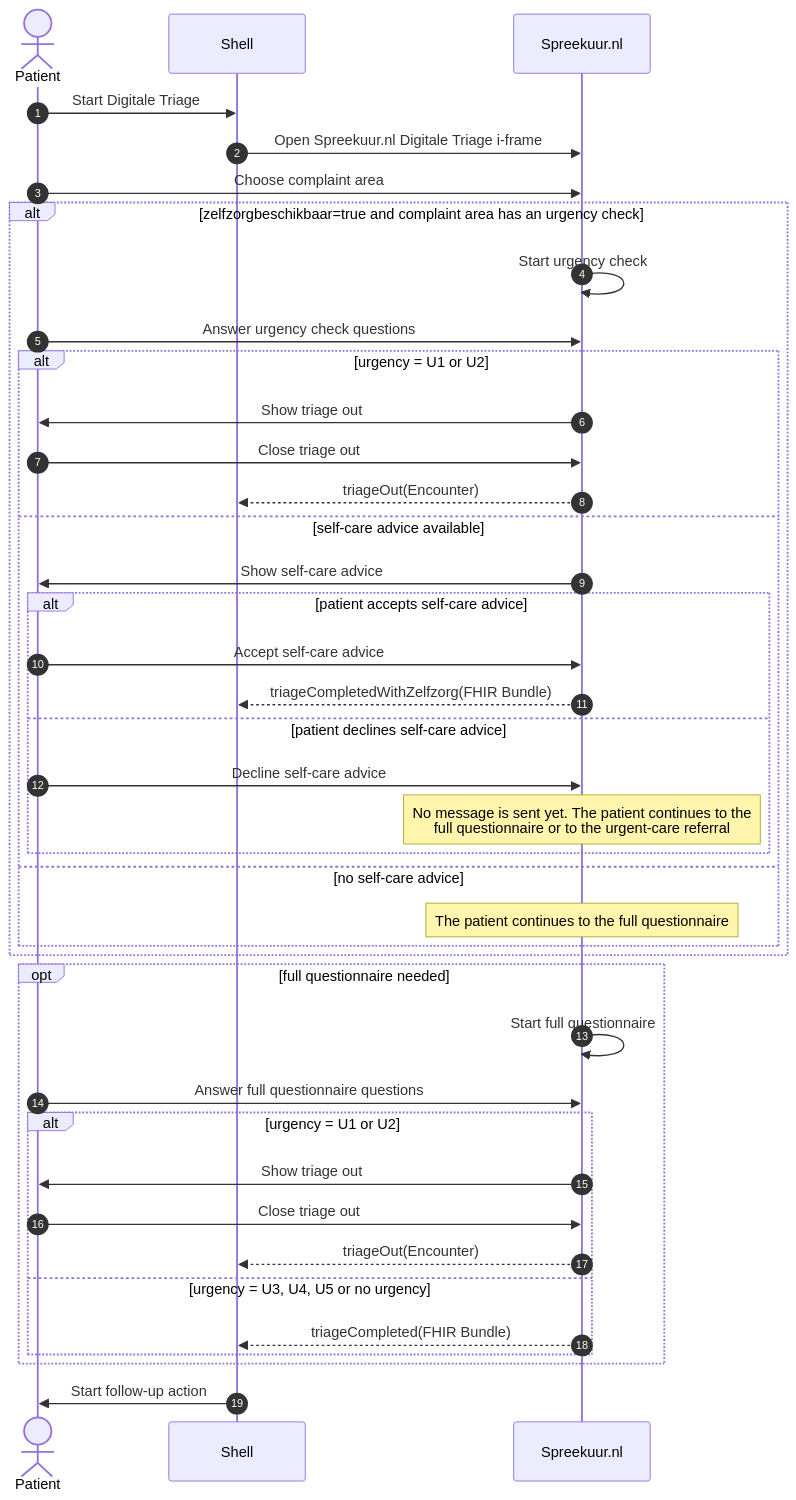
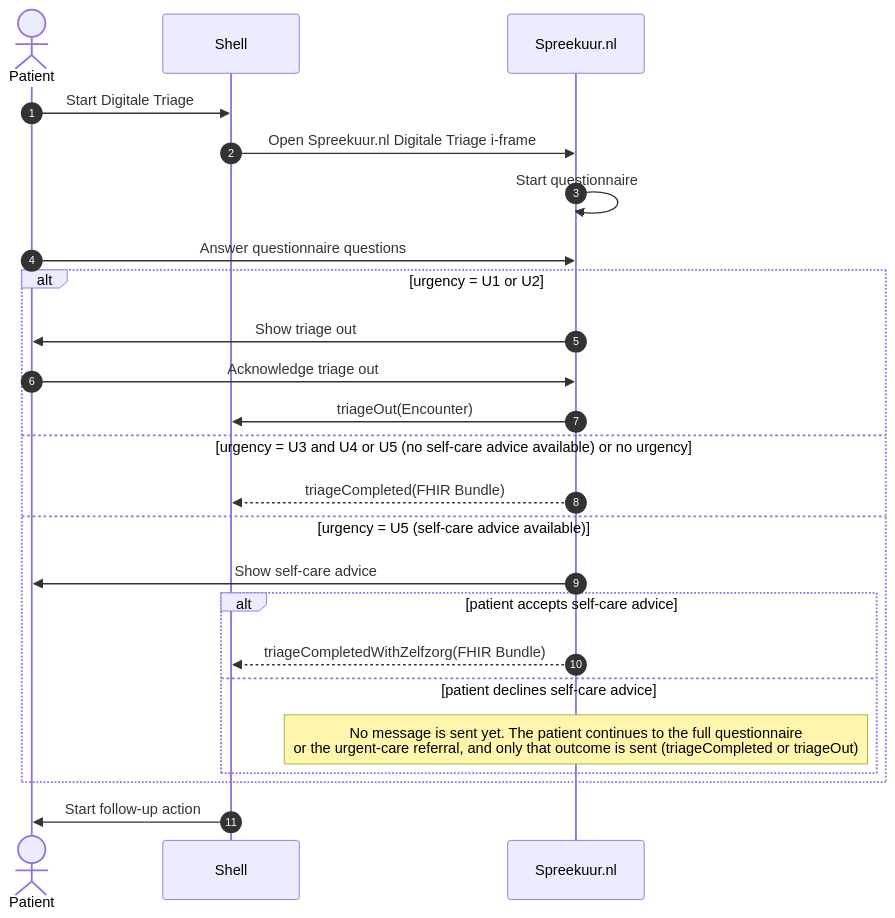
Before and after one commit to topicushealthcare/spreekuur-docs: the diagram in docs/features/digitale-triage/digitale-triage.md, drawn with Mermaid. The commit also changed other lines of this file, not shown here.

Commit message:
SCON-10314 Scope beperken tot afgewezen zelfzorgadvies en listener-voorbeeld

````diff
--- a/docs/features/digitale-triage/digitale-triage.md
+++ b/docs/features/digitale-triage/digitale-triage.md
@@ -16,43 +16,27 @@
 ```mermaid
 sequenceDiagram
     autonumber
     actor P as Patient
     participant shell as Shell
     participant SU as Spreekuur.nl
 
     P->>shell: Start Digitale Triage
     shell->>SU: Open Spreekuur.nl Digitale Triage i-frame
-    P->>SU: Choose complaint area
-    alt zelfzorgbeschikbaar=true and complaint area has an urgency check
-        SU->>SU: Start urgency check
-        P->>SU: Answer urgency check questions
-        alt urgency = U1 or U2
-            SU->>P: Show triage out
-            P->>SU: Close triage out
-            SU-->>shell: triageOut(Encounter)
-        else self-care advice available
-            SU->>P: Show self-care advice
-            alt patient accepts self-care advice
-                P->>SU: Accept self-care advice
-                SU-->>shell: triageCompletedWithZelfzorg(FHIR Bundle)
-            else patient declines self-care advice
-                P->>SU: Decline self-care advice
-                Note over SU: No message is sent yet. The patient continues to the<br/>full questionnaire or to the urgent-care referral
-            end
-        else no self-care advice
-            Note over SU: The patient continues to the full questionnaire
-        end
-    end
-    opt full questionnaire needed
-        SU->>SU: Start full questionnaire
-        P->>SU: Answer full questionnaire questions
-        alt urgency = U1 or U2
-            SU->>P: Show triage out
-            P->>SU: Close triage out
-            SU-->>shell: triageOut(Encounter)
-        else urgency = U3, U4, U5 or no urgency
-            SU-->>shell: triageCompleted(FHIR Bundle)
+    SU->>SU: Start questionnaire
+    P->>SU: Answer questionnaire questions
+    alt urgency = U1 or U2
+        SU->>P: Show triage out
+        P->>SU: Acknowledge triage out
+        SU->>shell: triageOut(Encounter)
+    else urgency = U3 and U4 or U5 (no self-care advice available) or no urgency
+        SU-->>shell: triageCompleted(FHIR Bundle)
+    else urgency = U5 (self-care advice available)
+        SU->>P: Show self-care advice
+        alt patient accepts self-care advice
+            SU-->>shell: triageCompletedWithZelfzorg(FHIR Bundle)
+        else patient declines self-care advice
+            Note over SU: No message is sent yet. The patient continues to the full questionnaire<br/>or the urgent-care referral, and only that outcome is sent (triageCompleted or triageOut)
         end
     end
     shell->>P: Start follow-up action
 ```
````
